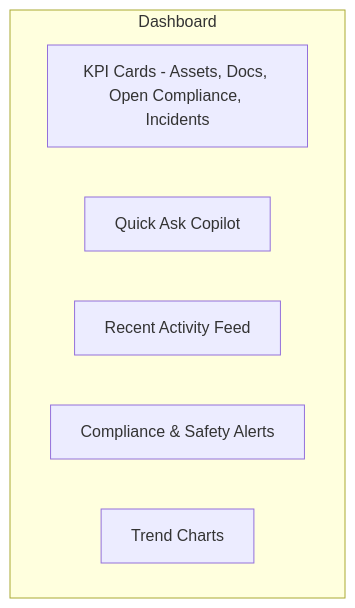
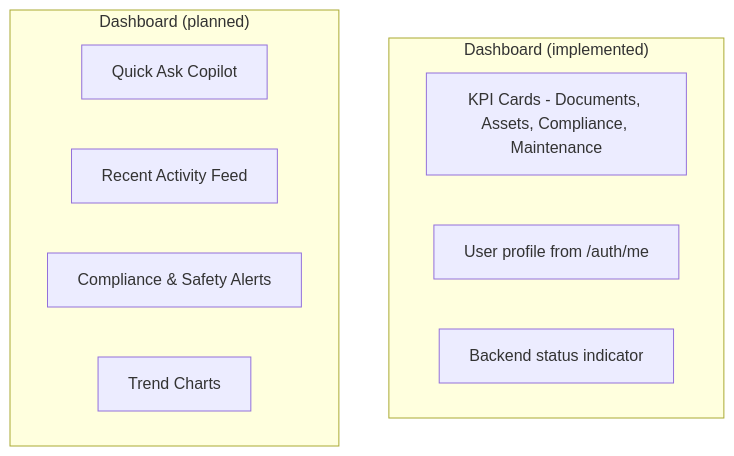
The seventh of 13 diagrams in docs/05_FRONTEND_ARCHITECTURE.md (pratapVansh/TRACE), drawn with Mermaid before and after one commit. The commit also changed other lines of this file and 40 other files, not shown here.

````diff
--- a/docs/05_FRONTEND_ARCHITECTURE.md
+++ b/docs/05_FRONTEND_ARCHITECTURE.md
@@ -219,10 +326,14 @@
 ```mermaid
 flowchart TB
-    subgraph Dashboard
-        KPI["KPI Cards - Assets, Docs, Open Compliance, Incidents"]
+    subgraph Dashboard["Dashboard (implemented)"]
+        KPI["KPI Cards - Documents, Assets, Compliance, Maintenance"]
+        Profile["User profile from /auth/me"]
+        Backend["Backend status indicator"]
+    end
+    subgraph DashboardPlanned["Dashboard (planned)"]
         QA["Quick Ask Copilot"]
         ACT["Recent Activity Feed"]
         ALERT["Compliance & Safety Alerts"]
         TREND["Trend Charts"]
     end
 ```
````
